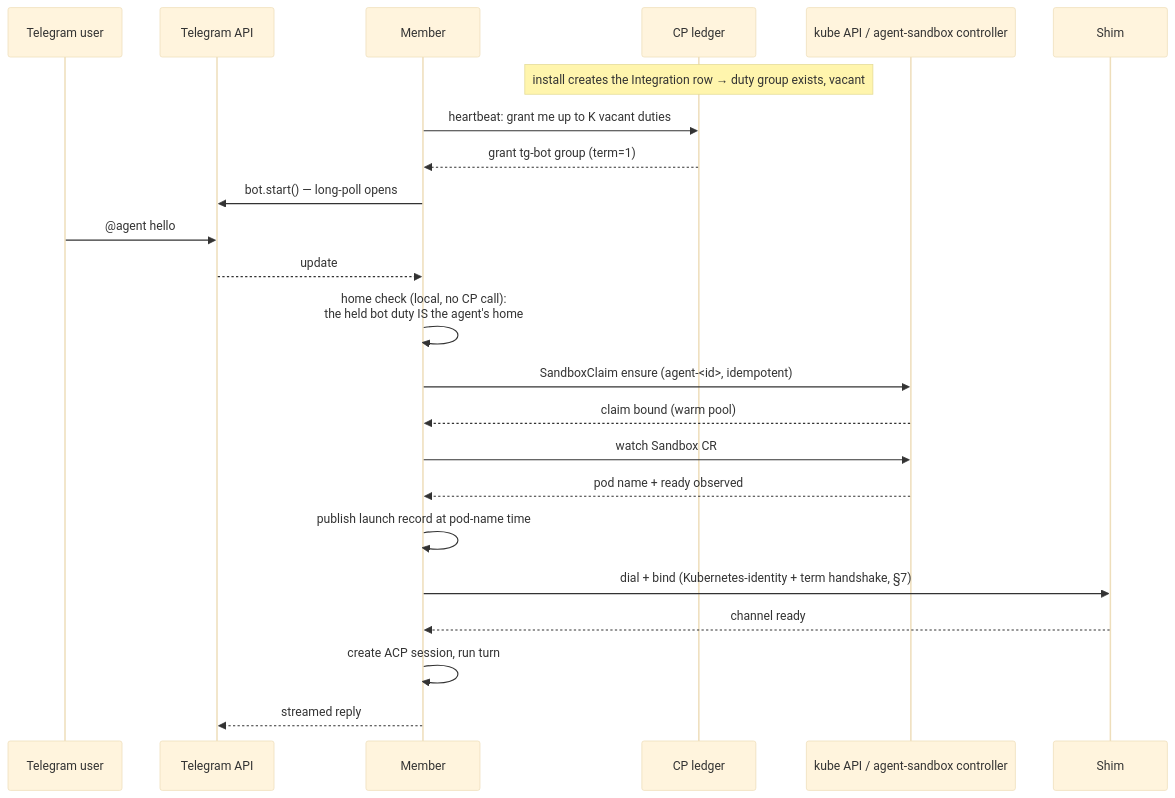
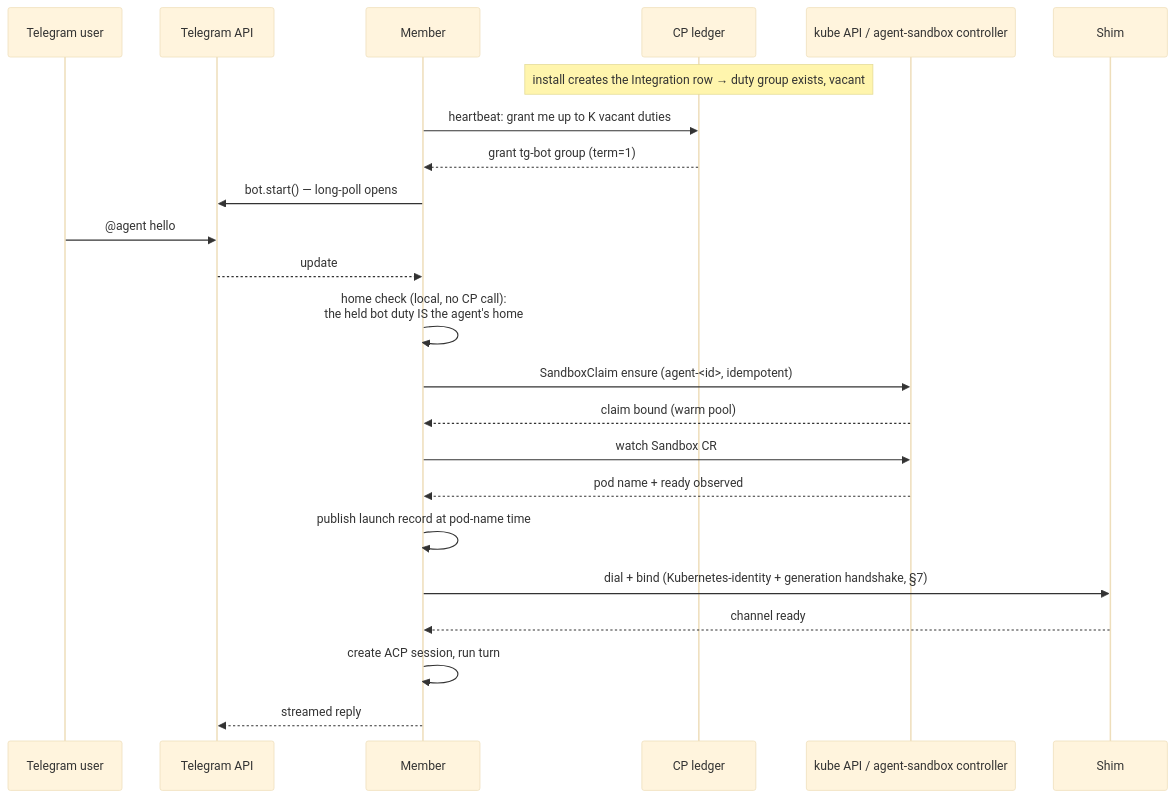
One commit to Harbor404/agentconnect changed the diagram in docs/designs/k8s-daemon-pool.md. Above: the diagram before and after it, drawn with Mermaid (base theme). The commit also changed other lines of this file, not shown here.

First line of the commit message:
docs(designs): the dial-in handshake fences on the generation, not the duty term (#1110)

````diff
--- a/docs/designs/k8s-daemon-pool.md
+++ b/docs/designs/k8s-daemon-pool.md
@@ -599,25 +635,25 @@
 ```mermaid
 sequenceDiagram
     participant U as Telegram user
     participant TG as Telegram API
     participant M as Member
     participant CP as CP ledger
     participant K as kube API / agent-sandbox controller
     participant S as Shim
     Note over CP: install creates the Integration row → duty group exists, vacant
     M->>CP: heartbeat: grant me up to K vacant duties
     CP-->>M: grant tg-bot group (term=1)
     M->>TG: bot.start() — long-poll opens
     U->>TG: @agent hello
     TG-->>M: update
     M->>M: home check (local, no CP call):<br/>the held bot duty IS the agent's home
     M->>K: SandboxClaim ensure (agent-<id>, idempotent)
     K-->>M: claim bound (warm pool)
     M->>K: watch Sandbox CR
     K-->>M: pod name + ready observed
     M->>M: publish launch record at pod-name time
-    M->>S: dial + bind (Kubernetes-identity + term handshake, §7)
+    M->>S: dial + bind (Kubernetes-identity + generation handshake, §7)
     S-->>M: channel ready
     M->>M: create ACP session, run turn
     M-->>TG: streamed reply
 ```
````
